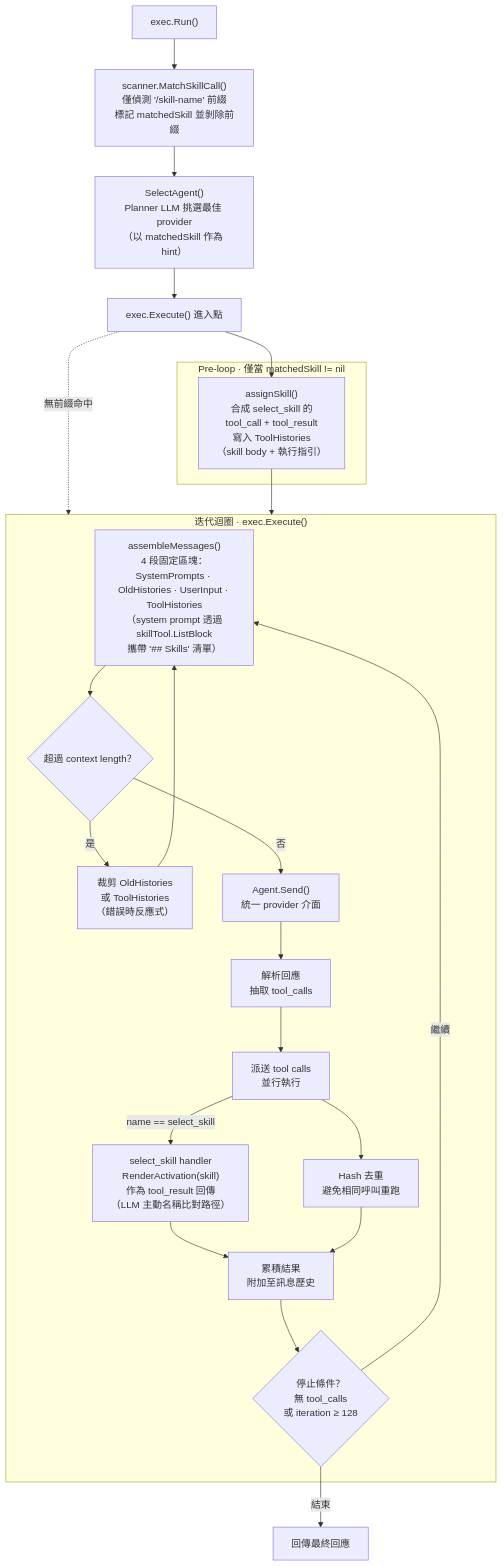
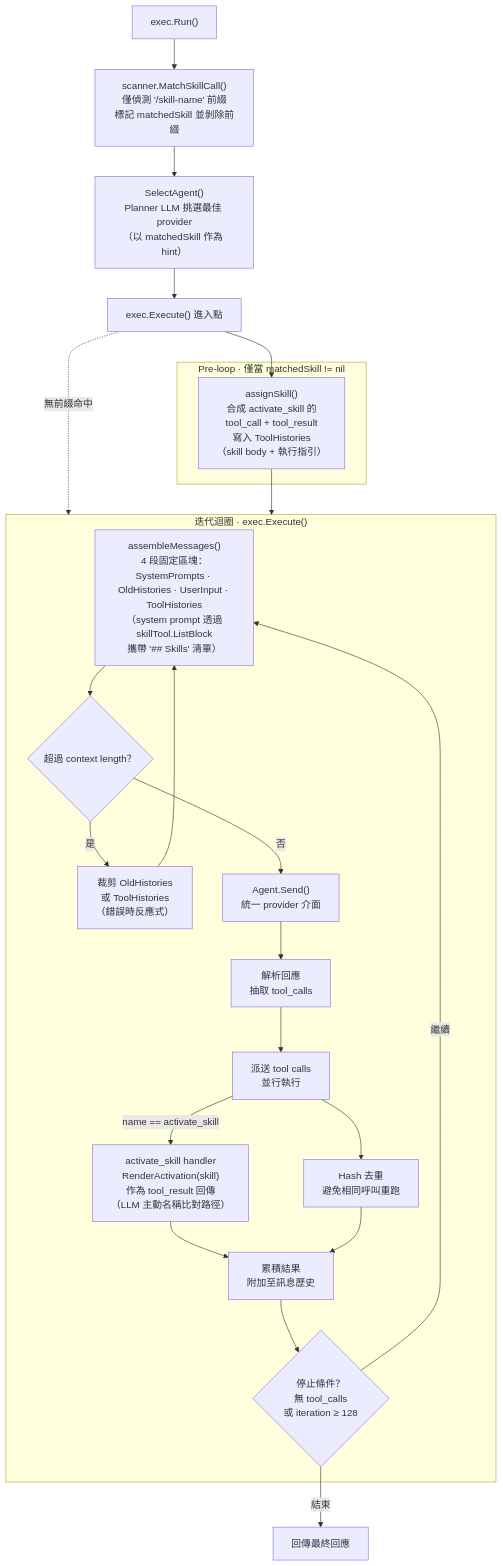
The second of 9 diagrams in doc/architecture.zh.md (pardnchiu/Agenvoy), drawn with Mermaid before and after one commit. The commit also changed other lines of this file and 27 other files, not shown here.

````diff
--- a/doc/architecture.zh.md
+++ b/doc/architecture.zh.md
@@ -54,45 +54,45 @@
 ```mermaid
 flowchart TD
     Run["exec.Run()"]
     PrefixDetect["scanner.MatchSkillCall()\n僅偵測 '/skill-name' 前綴\n標記 matchedSkill 並剝除前綴"]
     AgentScan["SelectAgent()\nPlanner LLM 挑選最佳 provider\n（以 matchedSkill 作為 hint）"]
     Enter["exec.Execute() 進入點"]
 
     subgraph Preseed ["Pre-loop · 僅當 matchedSkill != nil"]
-        AssignSynth["assignSkill()\n合成 select_skill 的\ntool_call + tool_result\n寫入 ToolHistories\n（skill body + 執行指引）"]
+        AssignSynth["assignSkill()\n合成 activate_skill 的\ntool_call + tool_result\n寫入 ToolHistories\n（skill body + 執行指引）"]
     end
 
     subgraph Loop ["迭代迴圈 · exec.Execute()"]
         Assemble["assembleMessages()\n4 段固定區塊：\nSystemPrompts · OldHistories · UserInput · ToolHistories\n（system prompt 透過\nskillTool.ListBlock\n攜帶 '## Skills' 清單）"]
         ReactTrim{"超過 context length？"}
         TrimOld["裁剪 OldHistories\n或 ToolHistories\n（錯誤時反應式）"]
         Send["Agent.Send()\n統一 provider 介面"]
         Parse["解析回應\n抽取 tool_calls"]
         Dispatch["派送 tool calls\n並行執行"]
-        SkillToolCall["select_skill handler\nRenderActivation(skill)\n作為 tool_result 回傳\n（LLM 主動名稱比對路徑）"]
+        SkillToolCall["activate_skill handler\nRenderActivation(skill)\n作為 tool_result 回傳\n（LLM 主動名稱比對路徑）"]
         Dedup["Hash 去重\n避免相同呼叫重跑"]
         Accum["累積結果\n附加至訊息歷史"]
         Check{"停止條件？\n無 tool_calls\n或 iteration ≥ 128"}
     end
 
     Done["回傳最終回應"]
 
     Run --> PrefixDetect
     PrefixDetect --> AgentScan
     AgentScan --> Enter
     Enter --> AssignSynth
     Enter -.->|"無前綴命中"| Loop
     AssignSynth --> Loop
     Assemble --> ReactTrim
     ReactTrim -->|"是"| TrimOld --> Assemble
     ReactTrim -->|"否"| Send
     Send --> Parse
     Parse --> Dispatch
-    Dispatch -->|"name == select_skill"| SkillToolCall
+    Dispatch -->|"name == activate_skill"| SkillToolCall
     SkillToolCall --> Accum
     Dispatch --> Dedup
     Dedup --> Accum
     Accum --> Check
     Check -->|"繼續"| Assemble
     Check -->|"結束"| Done
 ```
````
